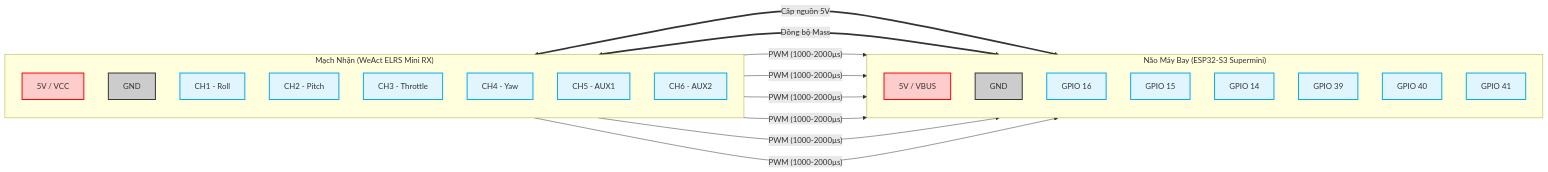
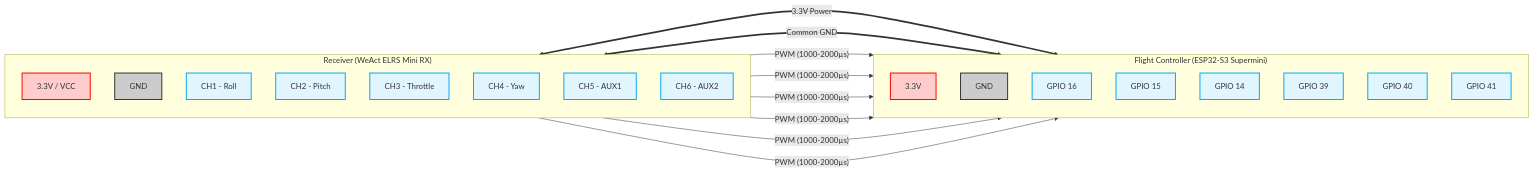
Before and after one commit to chinart123/ESP32-Quadcopter: the diagram in docs/temp.md, drawn with Mermaid. The commit also changed other lines of this file, not shown here.

Commit message:
fix: document fix

````diff
--- a/docs/temp.md
+++ b/docs/temp.md
@@ -463,44 +463,44 @@
 ```mermaid
 graph LR
-    subgraph RX ["Mạch Nhận (WeAct ELRS Mini RX)"]
+    subgraph RX ["Receiver (WeAct ELRS Mini RX)"]
         direction TB
-        VCC[5V / VCC]
+        VCC[3.3V / VCC]
         GND1[GND]
         CH1[CH1 - Roll]
         CH2[CH2 - Pitch]
         CH3[CH3 - Throttle]
         CH4[CH4 - Yaw]
         CH5[CH5 - AUX1]
         CH6[CH6 - AUX2]
     end
 
-    subgraph FC ["Não Máy Bay (ESP32-S3 Supermini)"]
+    subgraph FC ["Flight Controller (ESP32-S3 Supermini)"]
         direction TB
-        VBUS[5V / VBUS]
+        V33[3.3V]
         GND2[GND]
         P16[GPIO 16]
         P15[GPIO 15]
         P14[GPIO 14]
         P39[GPIO 39]
         P40[GPIO 40]
         P41[GPIO 41]
     end
 
-    VCC <== "Cấp nguồn 5V" ===> VBUS
-    GND1 <== "Đồng bộ Mass" ===> GND2
+    VCC <== "3.3V Power" ===> V33
+    GND1 <== "Common GND" ===> GND2
 
     CH1 -- "PWM (1000-2000µs)" --> P16
     CH2 -- "PWM (1000-2000µs)" --> P15
     CH3 -- "PWM (1000-2000µs)" --> P14
     CH4 -- "PWM (1000-2000µs)" --> P39
     CH5 -- "PWM (1000-2000µs)" --> P40
     CH6 -- "PWM (1000-2000µs)" --> P41
 
     style VCC fill:#ffcccc,stroke:#ff0000,stroke-width:2px
-    style VBUS fill:#ffcccc,stroke:#ff0000,stroke-width:2px
+    style V33 fill:#ffcccc,stroke:#ff0000,stroke-width:2px
     style GND1 fill:#cccccc,stroke:#333333,stroke-width:2px
     style GND2 fill:#cccccc,stroke:#333333,stroke-width:2px
     
     classDef signal fill:#e1f5fe,stroke:#03a9f4,stroke-width:2px;
     class CH1,CH2,CH3,CH4,CH5,CH6,P16,P15,P14,P39,P40,P41 signal;
 ```
````
